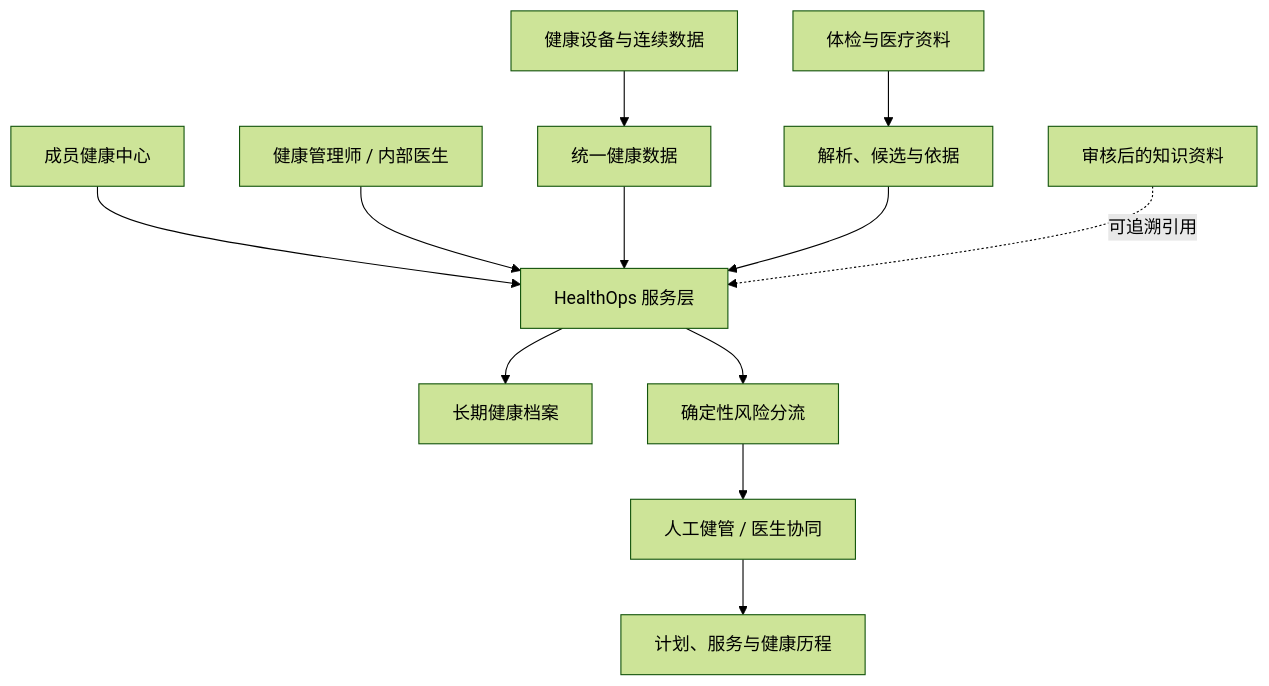
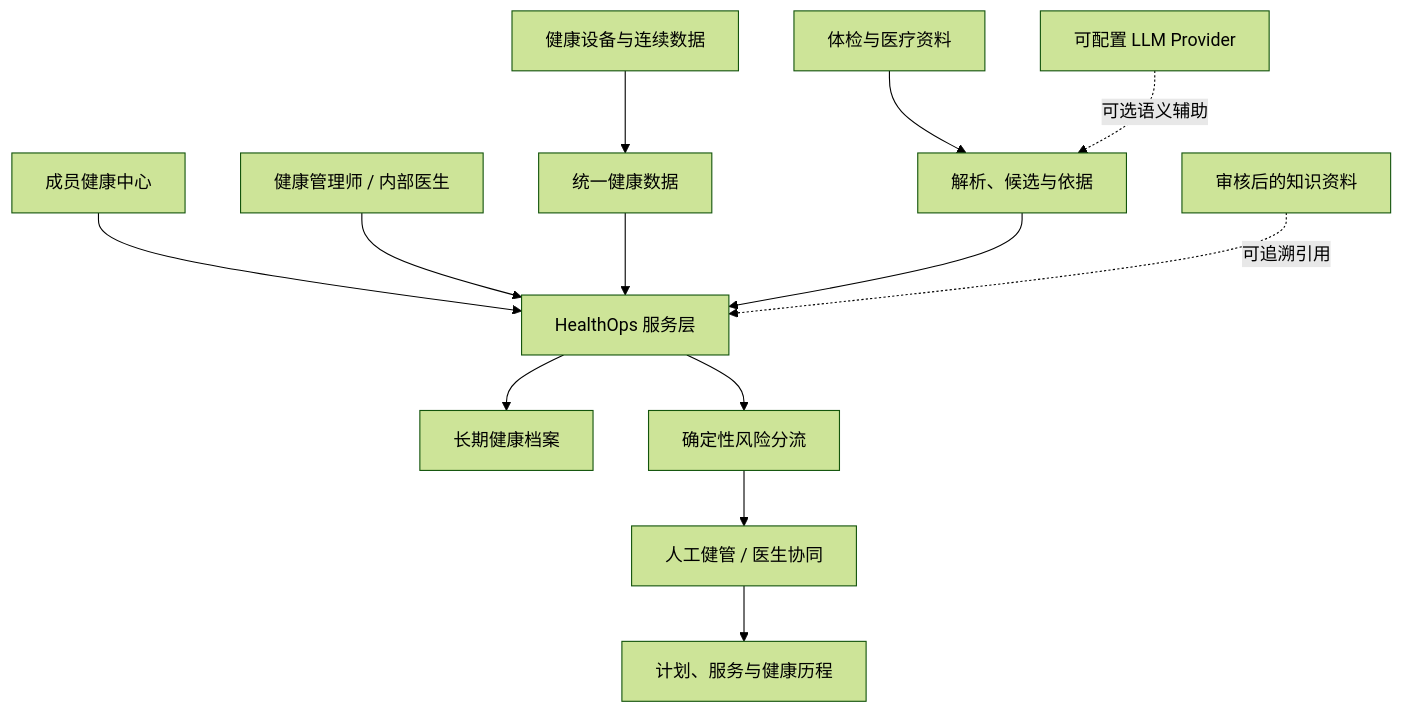
The second of 2 diagrams in README.md (KaedeharaT/executive-healthops), drawn with Mermaid (forest theme) before and after one commit. The commit also changed other lines of this file and 4 other files, not shown here.

````diff
--- a/README.md
+++ b/README.md
@@ -76,14 +93,15 @@
 ```mermaid
 flowchart TB
     M[成员健康中心] --> P[HealthOps 服务层]
     O[健康管理师 / 内部医生] --> P
     D[健康设备与连续数据] --> C[统一健康数据]
     R[体检与医疗资料] --> X[解析、候选与依据]
+    L[可配置 LLM Provider] -.可选语义辅助.-> X
     C --> P
     X --> P
     P --> H[长期健康档案]
     P --> K[确定性风险分流]
     K --> W[人工健管 / 医生协同]
     W --> T[计划、服务与健康历程]
     N[审核后的知识资料] -.可追溯引用.-> P
 ```
````
